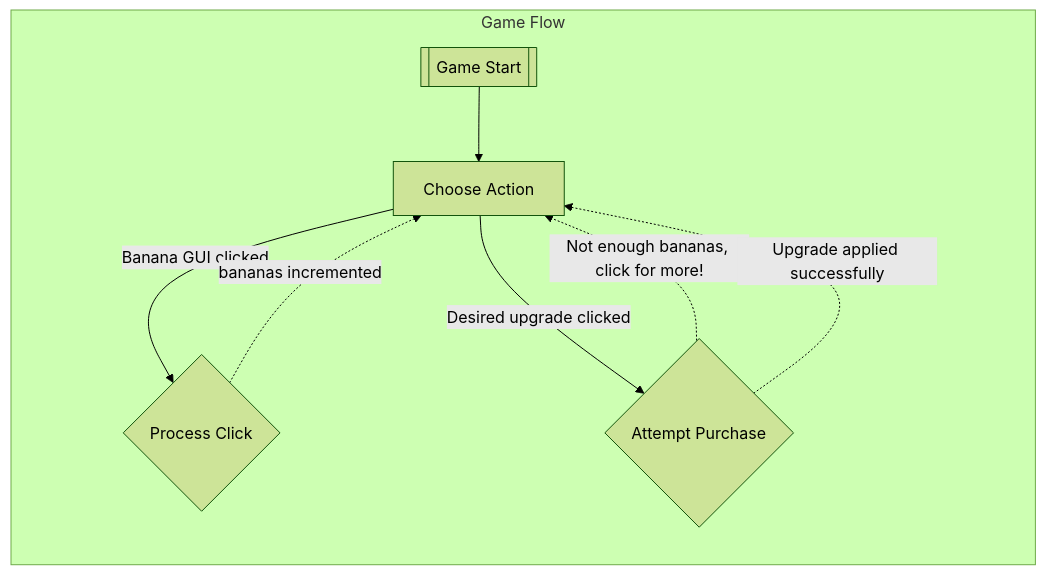
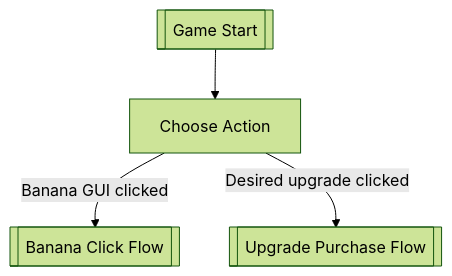
Before and after one commit to LiamMcCausland/Banana-Clicker: the third of 3 diagrams in flows.md, drawn with Mermaid (forest theme). The commit also changed other lines of this file and 1 other file, not shown here.

Commit message:
Updated based on feedback.

````diff
--- a/flows.md
+++ b/flows.md
@@ -13,22 +47,8 @@
 ```mermaid
-flowchart 
-    subgraph Game Flow 
-        direction TB
-        gameStart[[Game Start]]
-        getAction[Choose Action]
-        incrementBanana{Process Click}
-
-        purchaseU{Attempt Purchase}
-        
-        gameStart --> getAction
-
-        %% Banana Logic
-        getAction -- Banana GUI clicked --> incrementBanana
-        incrementBanana -. bananas incremented .-> getAction
-
-        %% Shop Logic
-        getAction -- Desired upgrade clicked --> purchaseU
-        purchaseU -. Not enough bananas, click for more! .-> getAction
-        purchaseU -. Upgrade applied successfully  .-> getAction
-end
+flowchart TB
+    gameStart[[Game Start]]
+    getAction[Choose Action]
+    gameStart --> getAction
+    getAction -- Banana GUI clicked --> clickFlow[[Banana Click Flow]]
+    getAction -- Desired upgrade clicked --> purchaseFlow[[Upgrade Purchase Flow]]
 ```
````
